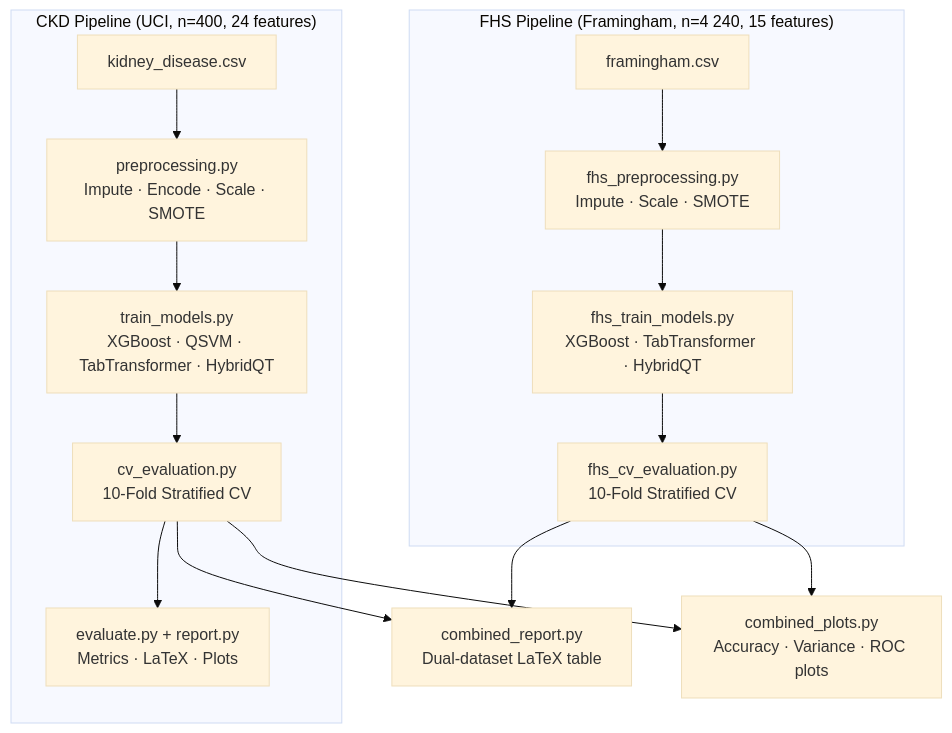
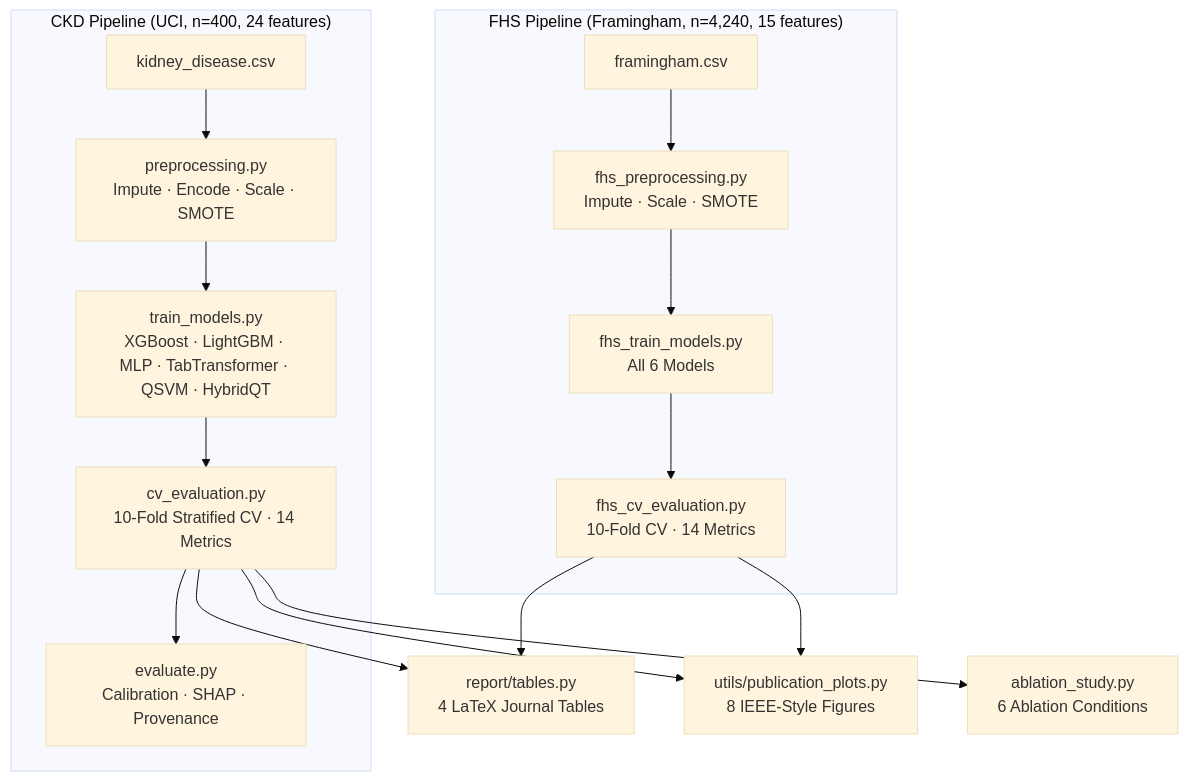
Before and after one commit to Nafis878/-HQCT: the first of 2 diagrams in README.md, drawn with Mermaid (base theme). The commit also changed other lines of this file and 6 other files, not shown here.

````diff
--- a/README.md
+++ b/README.md
@@ -27,20 +67,21 @@
 ```mermaid
 flowchart TD
     subgraph CKD ["CKD Pipeline  (UCI, n=400, 24 features)"]
         A[kidney_disease.csv] --> B[preprocessing.py\nImpute · Encode · Scale · SMOTE]
-        B --> C1[train_models.py\nXGBoost · QSVM · TabTransformer · HybridQT]
-        C1 --> D1[cv_evaluation.py\n10-Fold Stratified CV]
-        D1 --> E1[evaluate.py + report.py\nMetrics · LaTeX · Plots]
+        B --> C1[train_models.py\nXGBoost · LightGBM · MLP · TabTransformer · QSVM · HybridQT]
+        C1 --> D1[cv_evaluation.py\n10-Fold Stratified CV · 14 Metrics]
+        D1 --> E1[evaluate.py\nCalibration · SHAP · Provenance]
     end
 
-    subgraph FHS ["FHS Pipeline  (Framingham, n=4 240, 15 features)"]
+    subgraph FHS ["FHS Pipeline  (Framingham, n=4,240, 15 features)"]
         F[framingham.csv] --> G[fhs_preprocessing.py\nImpute · Scale · SMOTE]
-        G --> H[fhs_train_models.py\nXGBoost · TabTransformer · HybridQT]
-        H --> I[fhs_cv_evaluation.py\n10-Fold Stratified CV]
+        G --> H[fhs_train_models.py\nAll 6 Models]
+        H --> I[fhs_cv_evaluation.py\n10-Fold CV · 14 Metrics]
     end
 
-    D1 --> J[combined_report.py\nDual-dataset LaTeX table]
+    D1 --> J[report/tables.py\n4 LaTeX Journal Tables]
     I  --> J
-    D1 --> K[combined_plots.py\nAccuracy · Variance · ROC plots]
+    D1 --> K[utils/publication_plots.py\n8 IEEE-Style Figures]
     I  --> K
+    D1 --> L[ablation_study.py\n6 Ablation Conditions]
 ```
````
